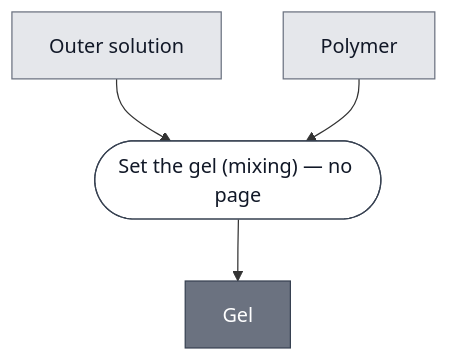
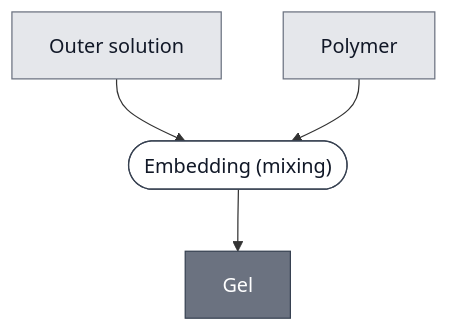
One commit to nucleus-eng/nucleus-docs changed the diagram in docs/modules/gel/spec.md. Above: the diagram before and after it, drawn with Mermaid. The commit also changed 5 other files, not shown here.

````diff
--- a/docs/modules/gel/spec.md
+++ b/docs/modules/gel/spec.md
@@ -31,22 +31,23 @@
 ```mermaid
 flowchart TD
     OUTER_SOLUTION["Outer solution"]
     POLYMER["Polymer"]
 
-    P1_SET_THE_GEL_0(["Set the gel (mixing) — no page"])
+    P1_SET_THE_GEL_0(["Embedding (mixing)"])
     GEL["Gel"]
 
     OUTER_SOLUTION --> P1_SET_THE_GEL_0
     POLYMER --> P1_SET_THE_GEL_0
     P1_SET_THE_GEL_0 --> GEL
 
 
     classDef leaf     fill:#e5e7eb,stroke:#6b7280,color:#111827;
     classDef composed fill:#6b7280,stroke:#374151,color:#ffffff;
     classDef process  fill:#ffffff,stroke:#374151,color:#111827;
     class OUTER_SOLUTION,POLYMER leaf;
     class GEL composed;
     class P1_SET_THE_GEL_0 process;
 
+    click P1_SET_THE_GEL_0 "/docs/processes/embed-hydrogel/main"
     click GEL "/docs/modules/gel/spec"
 ```
````
